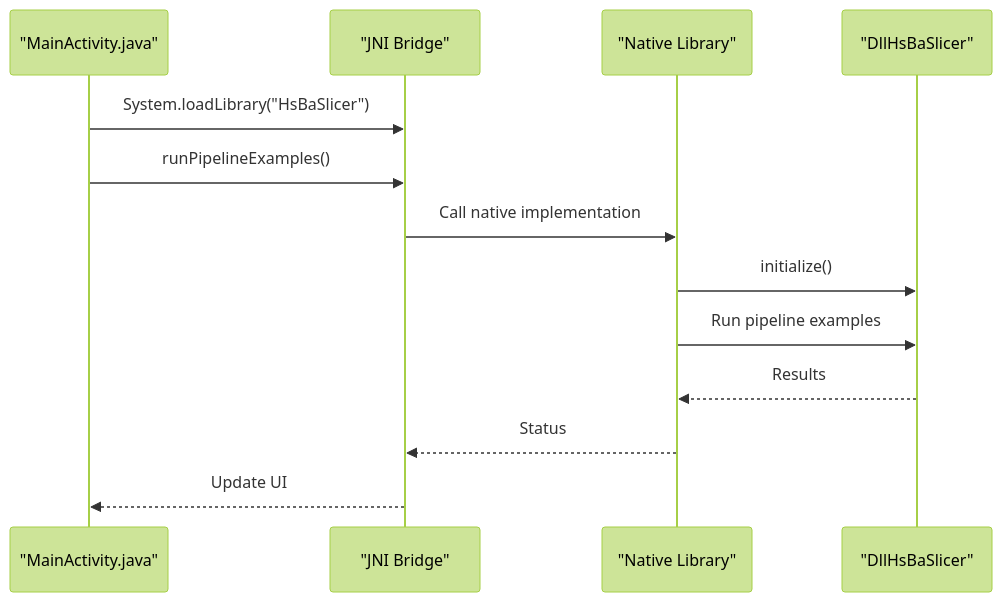
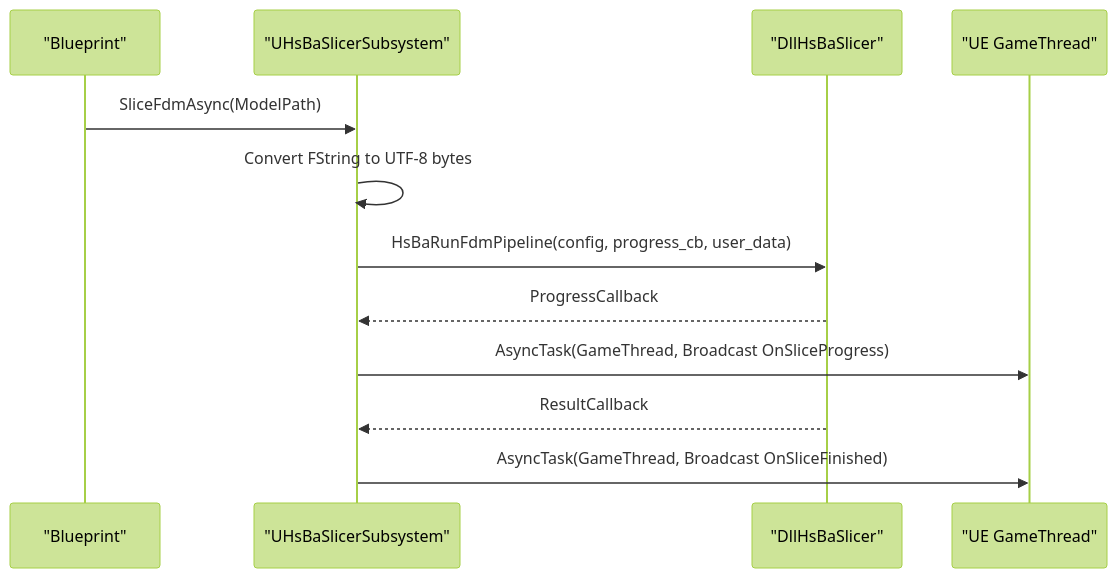
One commit to hsmbanlance/HsBaSlicer changed the fourth of 9 diagrams in .qoder/repowiki/en/content/Integration Guide/Integration Guide.md. Above: the diagram before and after it, drawn with Mermaid (forest theme). The commit also changed other lines of this file and 1095 other files, not shown here.

````diff
--- a/.qoder/repowiki/en/content/Integration Guide/Integration Guide.md
+++ b/.qoder/repowiki/en/content/Integration Guide/Integration Guide.md
@@ -291,15 +170,14 @@
 ```mermaid
 sequenceDiagram
-participant Java as "MainActivity.java"
-participant JNI as "JNI Bridge"
-participant Native as "Native Library"
-participant Dll as "DllHsBaSlicer"
-Java->>JNI : System.loadLibrary("HsBaSlicer")
-Java->>JNI : runPipelineExamples()
-JNI->>Native : Call native implementation
-Native->>Dll : initialize()
-Native->>Dll : Run pipeline examples
-Dll-->>Native : Results
-Native-->>JNI : Status
-JNI-->>Java : Update UI
+participant BP as "Blueprint"
+participant Subsystem as "UHsBaSlicerSubsystem"
+participant Native as "DllHsBaSlicer"
+participant GameThread as "UE GameThread"
+BP->>Subsystem : SliceFdmAsync(ModelPath)
+Subsystem->>Subsystem : Convert FString to UTF-8 bytes
+Subsystem->>Native : HsBaRunFdmPipeline(config, progress_cb, user_data)
+Native-->>Subsystem : ProgressCallback
+Subsystem->>GameThread : AsyncTask(GameThread, Broadcast OnSliceProgress)
+Native-->>Subsystem : ResultCallback
+Subsystem->>GameThread : AsyncTask(GameThread, Broadcast OnSliceFinished)
 ```
````
